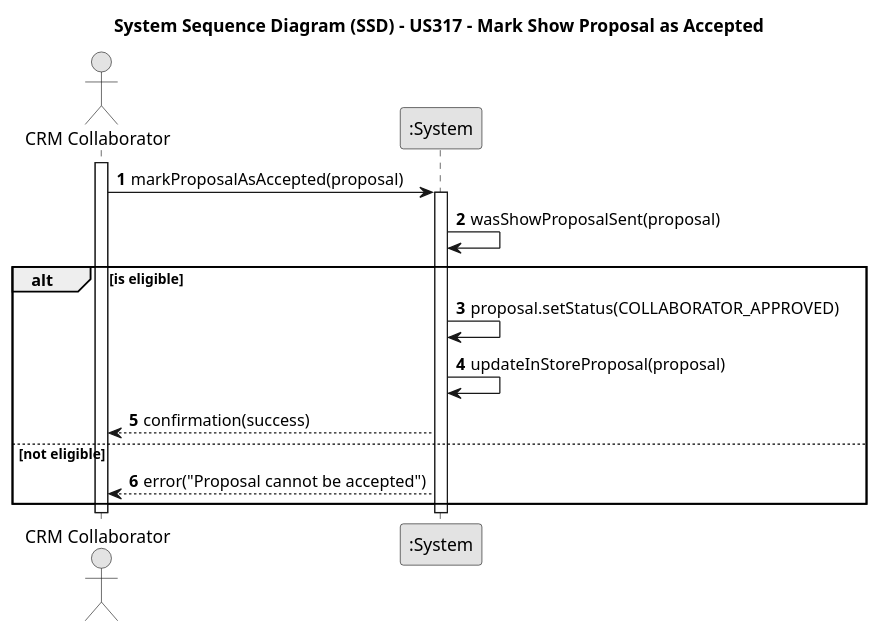
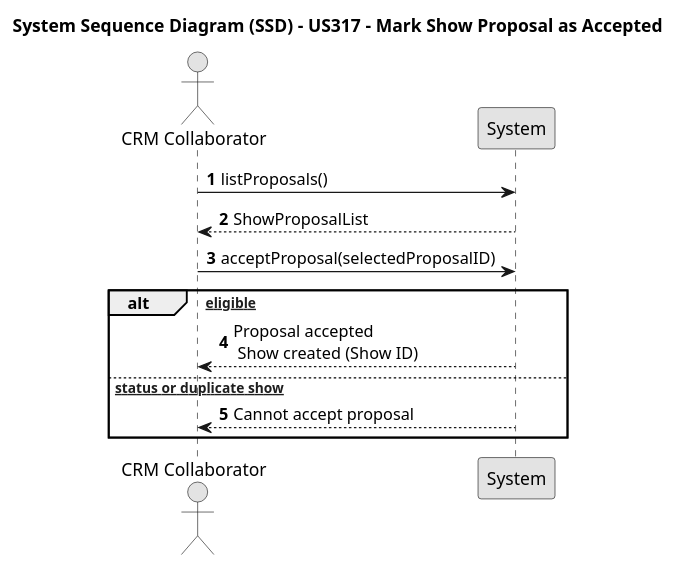
One commit to SAEmanuel/Shodrone_ISEP changed the diagram in docs/planning/sprint3/EAPLI/US317 - Mark show proposal as accepted/01.requirements-engineering/puml/us317-sequence-diagram.puml. Above: the diagram before and after it, drawn with PlantUML. The commit also changed 42 other files, not shown here.

```diff
--- a/docs/planning/sprint3/EAPLI/US317 - Mark show proposal as accepted/01.requirements-engineering/puml/us317-sequence-diagram.puml
+++ b/docs/planning/sprint3/EAPLI/US317 - Mark show proposal as accepted/01.requirements-engineering/puml/us317-sequence-diagram.puml
@@ -1,29 +1,23 @@
 @startuml
 skinparam monochrome true
 skinparam packageStyle rectangle
 skinparam shadowing false
 
 title System Sequence Diagram (SSD) - US317 - Mark Show Proposal as Accepted
 
 actor "CRM Collaborator" as User
-participant ":System" as System
+participant "System"
 
 autonumber
 
-activate User
-User -> System : markProposalAsAccepted(proposal)
-activate System
+User -> System : listProposals()
+System --> User : ShowProposalList
 
-System -> System : wasShowProposalSent(proposal)
+User -> System : acceptProposal(selectedProposalID)
 
-alt is eligible
-    System -> System : proposal.setStatus(COLLABORATOR_APPROVED)
-    System -> System : updateInStoreProposal(proposal)
-    System --> User : confirmation(success)
-else not eligible
-    System --> User : error("Proposal cannot be accepted")
+alt [proposal eligible]
+  System --> User : Proposal accepted\n Show created (Show ID)
+else [invalid status or duplicate show]
+  System --> User : Cannot accept proposal
 end
-
-deactivate System
-deactivate User
 @enduml
```
